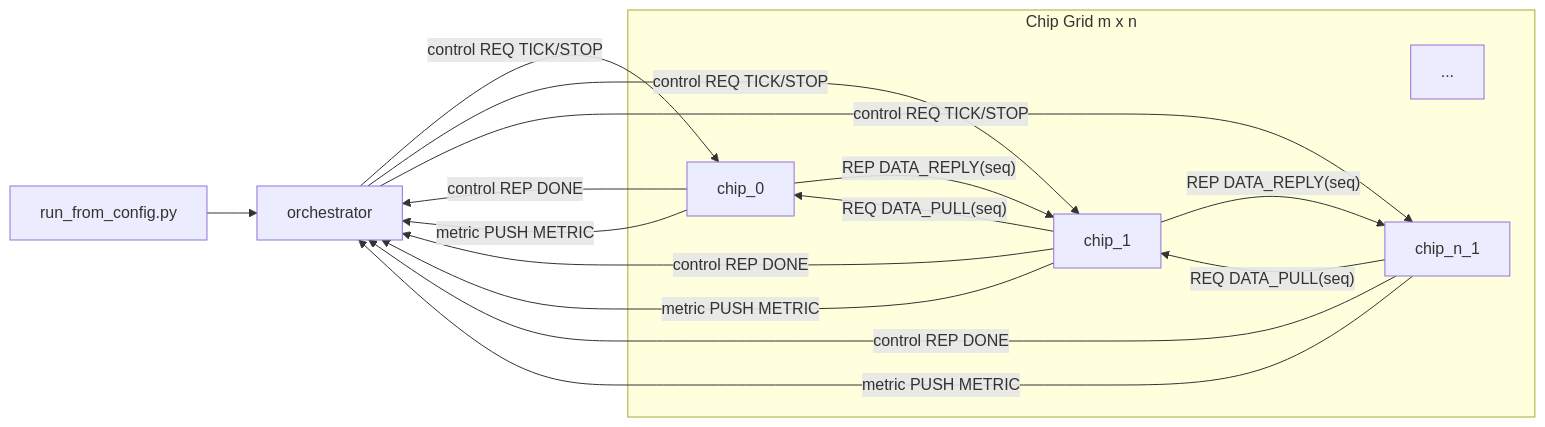
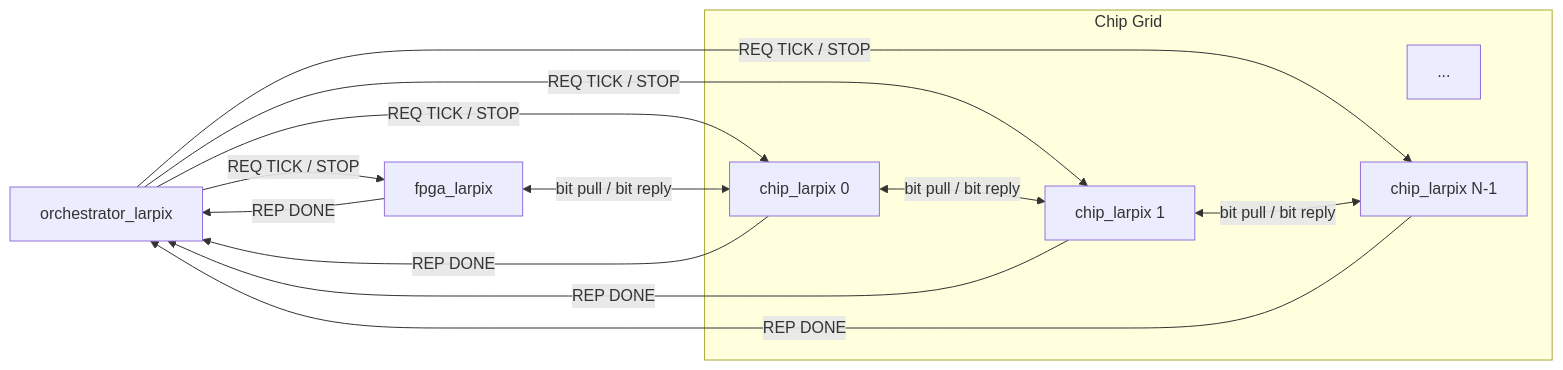
Before and after one commit to snr-laboratory/snrlab-chip-network-sim: the diagram in chip_network_sim/doc/architecture.md, drawn with Mermaid. The commit also changed other lines of this file and 93 other files, not shown here.

````diff
--- a/chip_network_sim/doc/architecture.md
+++ b/chip_network_sim/doc/architecture.md
@@ -44,28 +46,27 @@
 ```mermaid
 flowchart LR
-    RC["run_from_config.py"] --> O["orchestrator"]
+    O["orchestrator_larpix"]
+    F["fpga_larpix"]
 
-    subgraph PROC["Chip Grid m x n"]
-      C0["chip_0"]
-      C1["chip_1"]
+    subgraph GRID["Chip Grid"]
+      C0["chip_larpix 0"]
+      C1["chip_larpix 1"]
       C2["..."]
-      CN["chip_n_1"]
+      CN["chip_larpix N-1"]
     end
 
-    O -- "control REQ TICK/STOP" --> C0
-    O -- "control REQ TICK/STOP" --> C1
-    O -- "control REQ TICK/STOP" --> CN
+    O -->|"REQ TICK / STOP"| F
+    F -->|"REP DONE"| O
 
-    C0 -- "control REP DONE" --> O
-    C1 -- "control REP DONE" --> O
-    CN -- "control REP DONE" --> O
+    O -->|"REQ TICK / STOP"| C0
+    O -->|"REQ TICK / STOP"| C1
+    O -->|"REQ TICK / STOP"| CN
 
-    C0 -- "metric PUSH METRIC" --> O
-    C1 -- "metric PUSH METRIC" --> O
-    CN -- "metric PUSH METRIC" --> O
+    C0 -->|"REP DONE"| O
+    C1 -->|"REP DONE"| O
+    CN -->|"REP DONE"| O
 
-    C1 -- "REQ DATA_PULL(seq)" --> C0
-    C0 -- "REP DATA_REPLY(seq)" --> C1
-    CN -- "REQ DATA_PULL(seq)" --> C1
-    C1 -- "REP DATA_REPLY(seq)" --> CN
+    F <-->|"bit pull / bit reply"| C0
+    C0 <-->|"bit pull / bit reply"| C1
+    C1 <-->|"bit pull / bit reply"| CN
 ```
````
